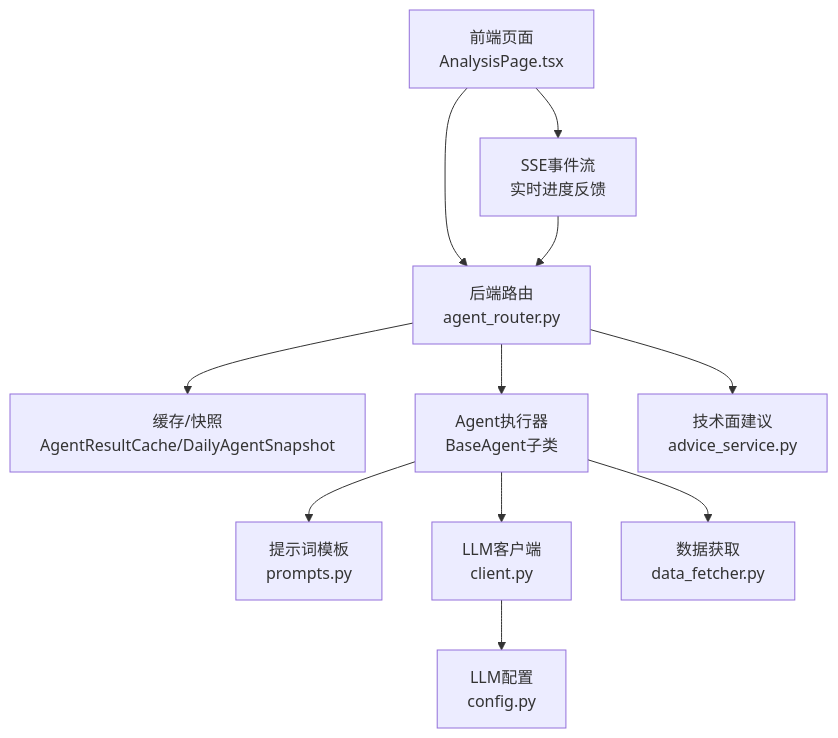
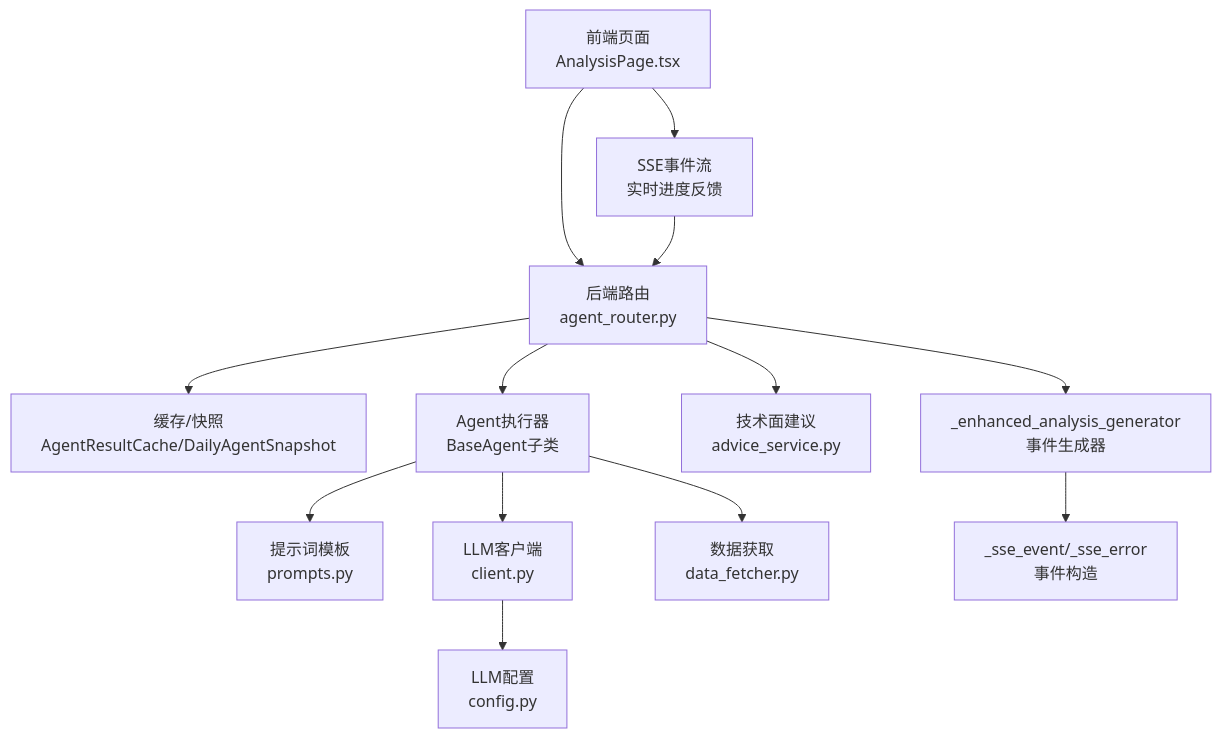
Before and after one commit to Moruime/stock_foker: the second of 9 diagrams in .qoder/repowiki/zh/content/架构设计/后端架构设计/AI提示词优化.md, drawn with Mermaid. The commit also changed other lines of this file and 5 other files, not shown here.

````diff
--- a/.qoder/repowiki/zh/content/架构设计/后端架构设计/AI提示词优化.md
+++ b/.qoder/repowiki/zh/content/架构设计/后端架构设计/AI提示词优化.md
@@ -169,13 +179,15 @@
 ```mermaid
 graph TB
 UI["前端页面<br/>AnalysisPage.tsx"] --> API["后端路由<br/>agent_router.py"]
 API --> Cache["缓存/快照<br/>AgentResultCache/DailyAgentSnapshot"]
 API --> Agents["Agent执行器<br/>BaseAgent子类"]
 Agents --> Prompts["提示词模板<br/>prompts.py"]
 Agents --> LLM["LLM客户端<br/>client.py"]
 Agents --> Data["数据获取<br/>data_fetcher.py"]
 LLM --> Config["LLM配置<br/>config.py"]
 API --> Tech["技术面建议<br/>advice_service.py"]
 UI --> SSE["SSE事件流<br/>实时进度反馈"]
 SSE --> API
+API --> SSE_GEN["_enhanced_analysis_generator<br/>事件生成器"]
+SSE_GEN --> SSE_EVENT["_sse_event/_sse_error<br/>事件构造"]
 ```
````
